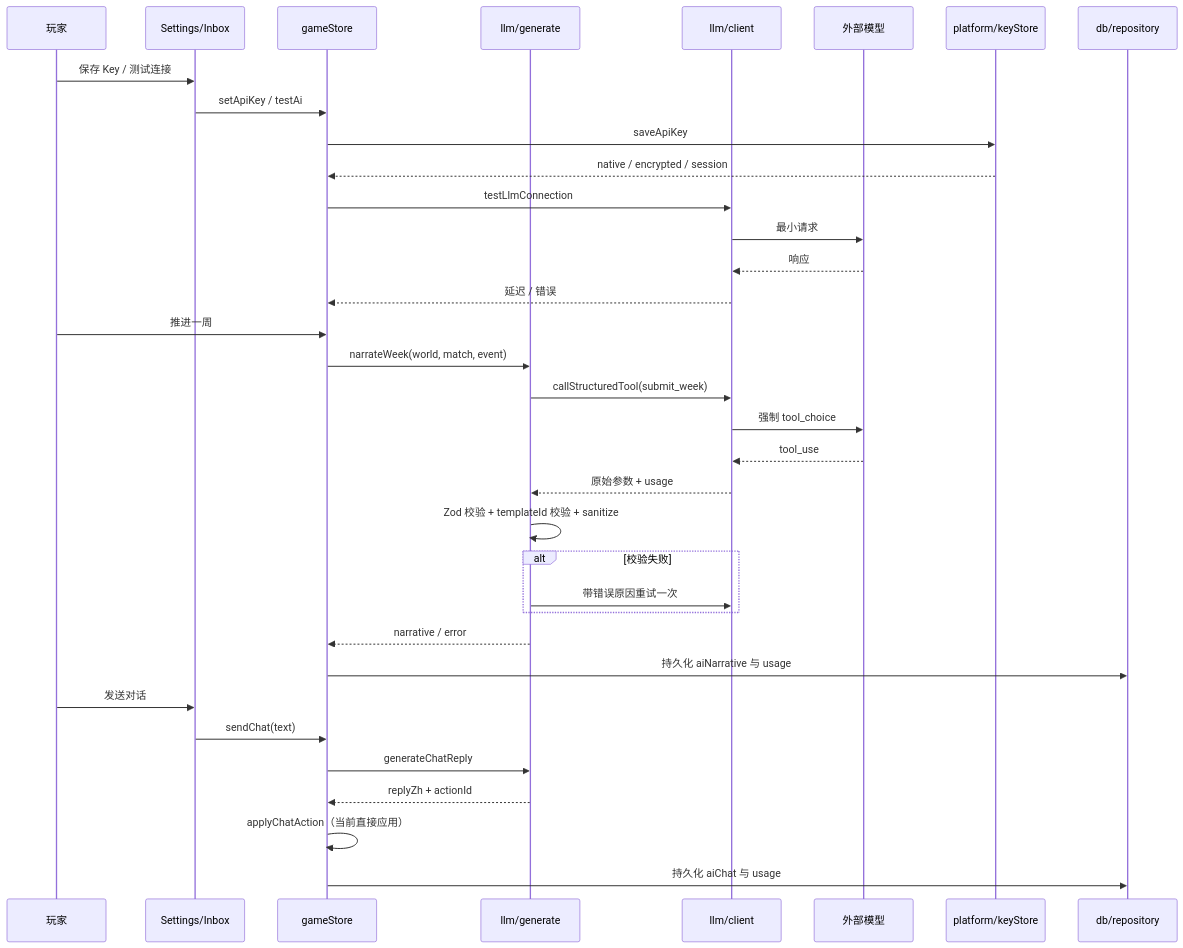
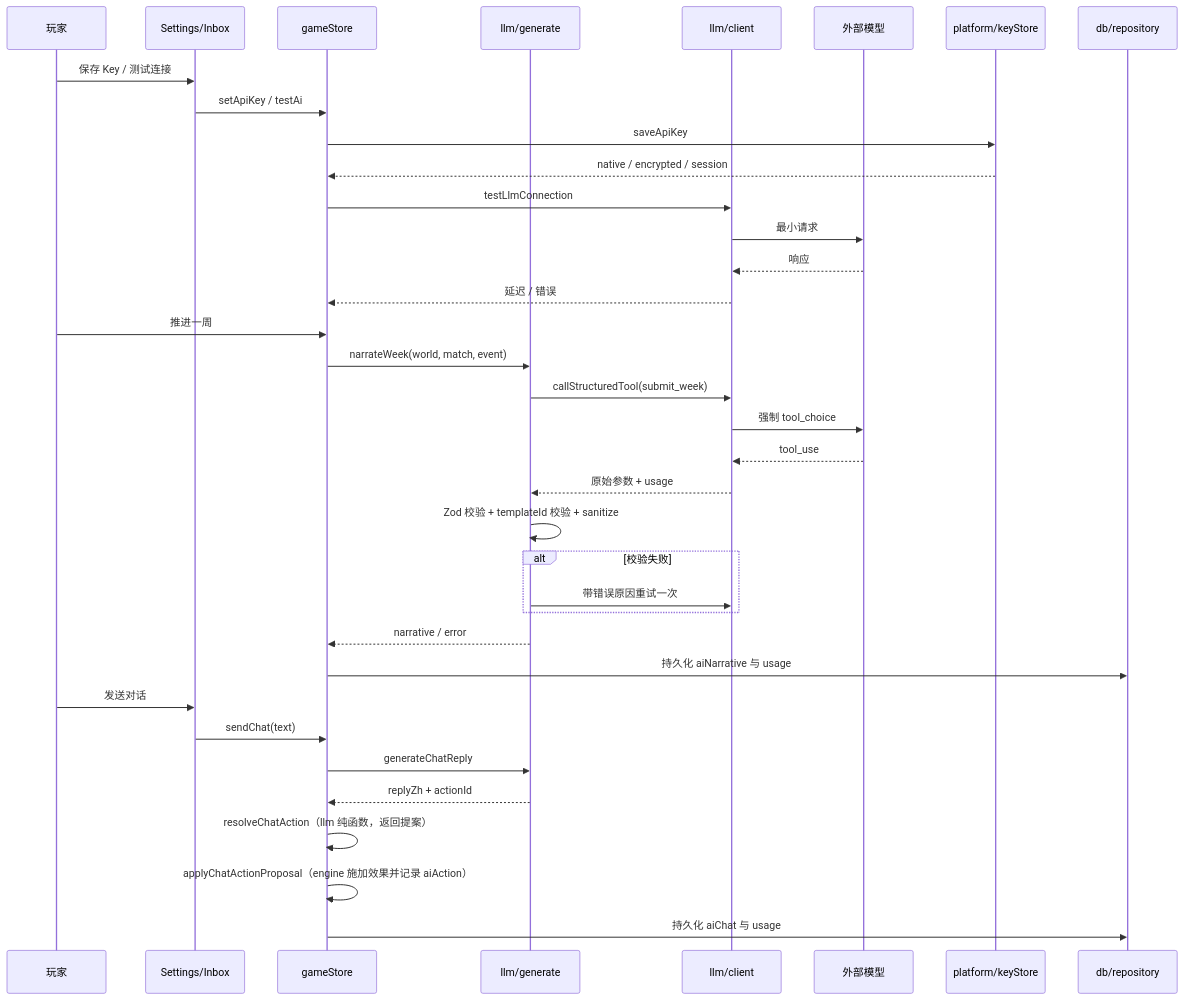
The diagram in docs/features/gm-agent.md (Roulandu/rpg_life_game), drawn with Mermaid before and after one commit. The commit also changed other lines of this file and 16 other files, not shown here.

First line of the commit message:
refactor(llm): 聊天动作提案化，清偿 llm→engine 红线

````diff
--- a/docs/features/gm-agent.md
+++ b/docs/features/gm-agent.md
@@ -39,37 +39,38 @@
 ```mermaid
 sequenceDiagram
   participant U as 玩家
   participant UI as Settings/Inbox
   participant S as gameStore
   participant G as llm/generate
   participant C as llm/client
   participant P as 外部模型
   participant K as platform/keyStore
   participant DB as db/repository
   U->>UI: 保存 Key / 测试连接
   UI->>S: setApiKey / testAi
   S->>K: saveApiKey
   K-->>S: native / encrypted / session
   S->>C: testLlmConnection
   C->>P: 最小请求
   P-->>C: 响应
   C-->>S: 延迟 / 错误
   U->>S: 推进一周
   S->>G: narrateWeek(world, match, event)
   G->>C: callStructuredTool(submit_week)
   C->>P: 强制 tool_choice
   P-->>C: tool_use
   C-->>G: 原始参数 + usage
   G->>G: Zod 校验 + templateId 校验 + sanitize
   alt 校验失败
     G->>C: 带错误原因重试一次
   end
   G-->>S: narrative / error
   S->>DB: 持久化 aiNarrative 与 usage
   U->>UI: 发送对话
   UI->>S: sendChat(text)
   S->>G: generateChatReply
   G-->>S: replyZh + actionId
-  S->>S: applyChatAction（当前直接应用）
+  S->>S: resolveChatAction（llm 纯函数，返回提案）
+  S->>S: applyChatActionProposal（engine 施加效果并记录 aiAction）
   S->>DB: 持久化 aiChat 与 usage
 ```
````
